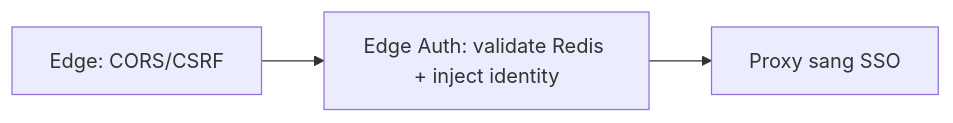
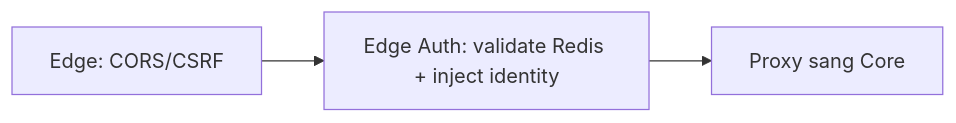
One commit to CVThien2k2/joytab changed the third of 8 diagrams in docs/system-architecture-20260522.md. Above: the diagram before and after it, drawn with Mermaid. The commit also changed other lines of this file and 4 other files, not shown here.

Commit message:
docs: rename sso service to core

````diff
--- a/docs/system-architecture-20260522.md
+++ b/docs/system-architecture-20260522.md
@@ -55,5 +55,5 @@
 ```mermaid
 flowchart LR
   EDGE[Edge: CORS/CSRF] --> AUTH[Edge Auth: validate Redis + inject identity]
-  AUTH --> PROXY[Proxy sang SSO]
+  AUTH --> PROXY[Proxy sang Core]
 ```
````
